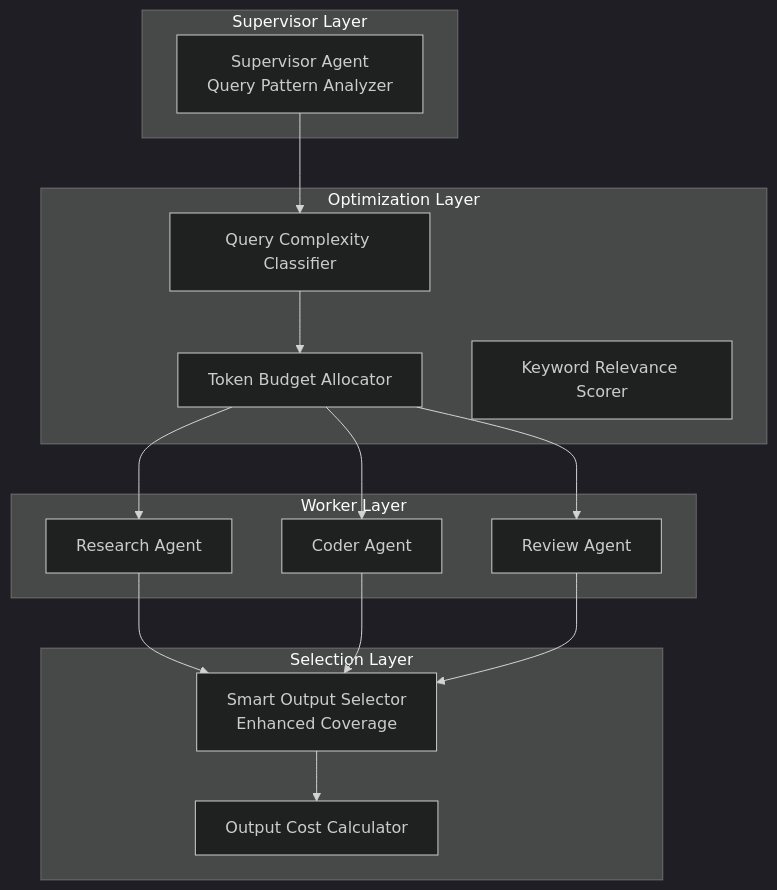
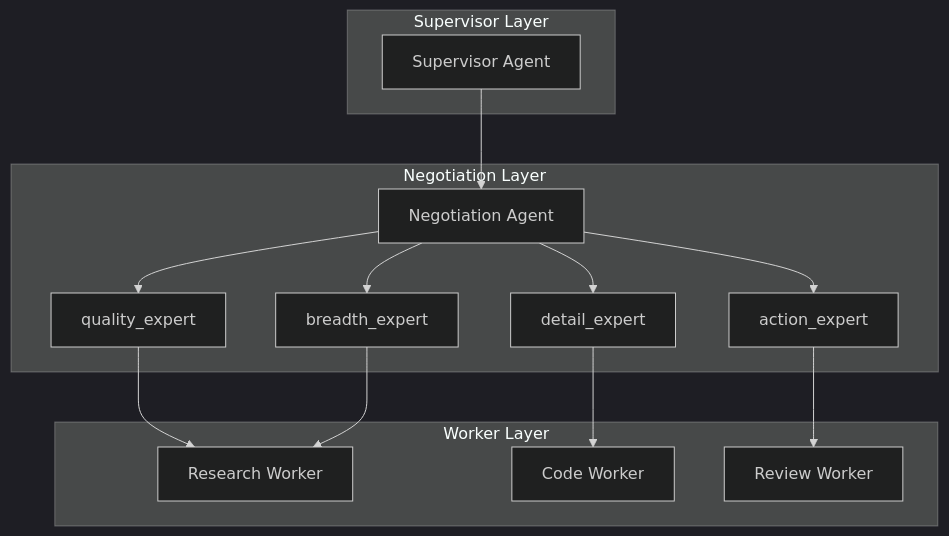
The diagram in README.md (xiangbianpangde/mas-evolution-test), drawn with Mermaid (dark theme) before and after one commit. The commit also changed other lines of this file, not shown here.

Commit message:
[v3.0] README Update - Gen300 new champion with multi-agent negotiation

````diff
--- a/README.md
+++ b/README.md
@@ -28,33 +39,30 @@
 ```mermaid
 graph TB
     subgraph "Supervisor Layer"
-        S[Supervisor Agent<br/>Query Pattern Analyzer]
+        S[Supervisor Agent]
     end
     
-    subgraph "Optimization Layer"
-        Q[Query Complexity Classifier]
-        T[Token Budget Allocator]
-        R[Keyword Relevance Scorer]
+    subgraph "Negotiation Layer"
+        N[Negotiation Agent]
+        Q1[quality_expert]
+        Q2[breadth_expert]
+        Q3[detail_expert]
+        Q4[action_expert]
     end
     
     subgraph "Worker Layer"
-        W1[Research Agent]
-        W2[Coder Agent]
-        W3[Review Agent]
+        W1[Research Worker]
+        W2[Code Worker]
+        W3[Review Worker]
     end
     
-    subgraph "Selection Layer"
-        O[Smart Output Selector<br/>Enhanced Coverage]
-        C[Output Cost Calculator]
-    end
-    
-    S --> Q
-    Q --> T
-    T --> W1
-    T --> W2
-    T --> W3
-    W1 --> O
-    W2 --> O
-    W3 --> O
-    O --> C
+    S --> N
+    N --> Q1
+    N --> Q2
+    N --> Q3
+    N --> Q4
+    Q1 --> W1
+    Q2 --> W1
+    Q3 --> W2
+    Q4 --> W3
 ```
````
